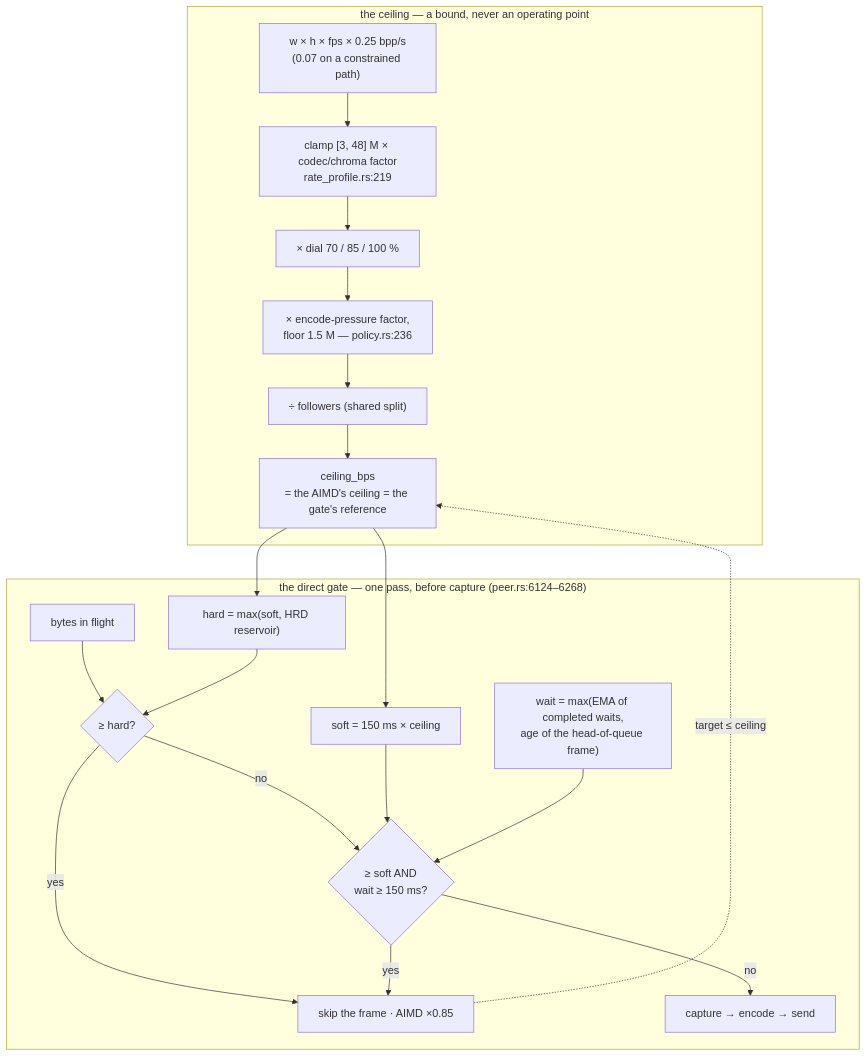
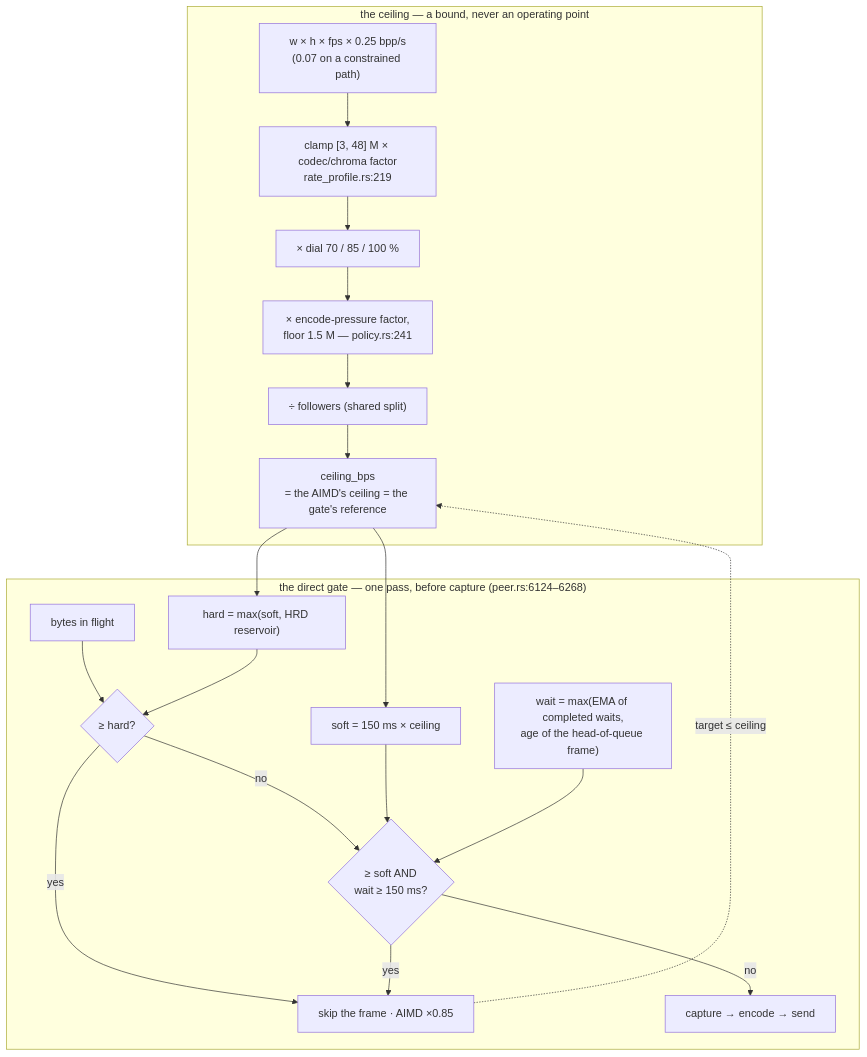
Before and after one commit to gjovanov/roomler-ai: the third of 4 diagrams in docs/rate-control.md, drawn with Mermaid. The commit also changed other lines of this file and 6 other files, not shown here.

````diff
--- a/docs/rate-control.md
+++ b/docs/rate-control.md
@@ -407,24 +407,24 @@
 ```mermaid
 flowchart TB
     subgraph ceiling["the ceiling — a bound, never an operating point"]
         G["w × h × fps × 0.25 bpp/s<br/>(0.07 on a constrained path)"] --> C["clamp [3, 48] M × codec/chroma factor<br/>rate_profile.rs:219"]
         C --> D["× dial 70 / 85 / 100 %"]
-        D --> E["× encode-pressure factor,<br/>floor 1.5 M — policy.rs:236"]
+        D --> E["× encode-pressure factor,<br/>floor 1.5 M — policy.rs:241"]
         E --> S["÷ followers (shared split)"]
         S --> CEIL["ceiling_bps<br/>= the AIMD's ceiling = the gate's reference"]
     end
     subgraph gate["the direct gate — one pass, before capture (peer.rs:6124–6268)"]
         CEIL --> SOFT["soft = 150 ms × ceiling"]
         CEIL --> HARD["hard = max(soft, HRD reservoir)"]
         W["wait = max(EMA of completed waits,<br/>age of the head-of-queue frame)"]
         Q["bytes in flight"] --> H{"≥ hard?"}
         HARD --> H
         H -- yes --> TRIP["skip the frame · AIMD ×0.85"]
         H -- no --> SQ{"≥ soft AND<br/>wait ≥ 150 ms?"}
         SOFT --> SQ
         W --> SQ
         SQ -- yes --> TRIP
         SQ -- no --> PASS["capture → encode → send"]
     end
     TRIP -.->|"target ≤ ceiling"| CEIL
 ```
````
